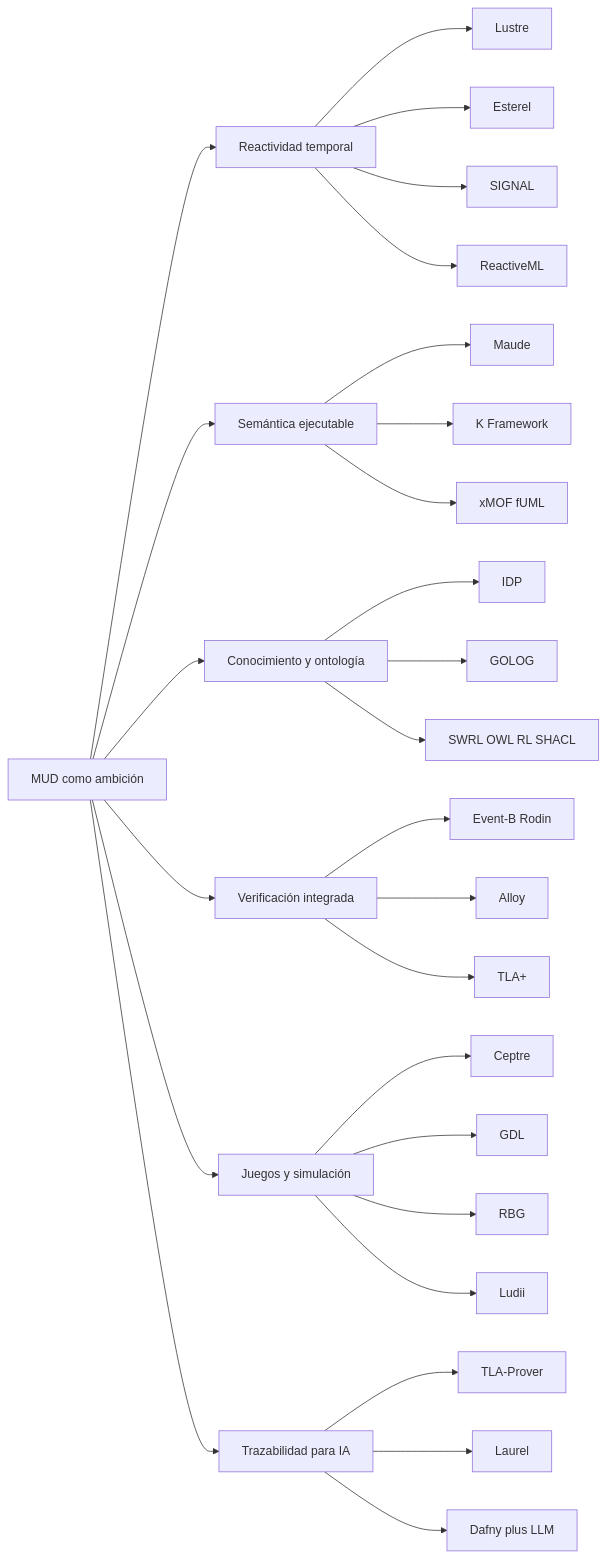
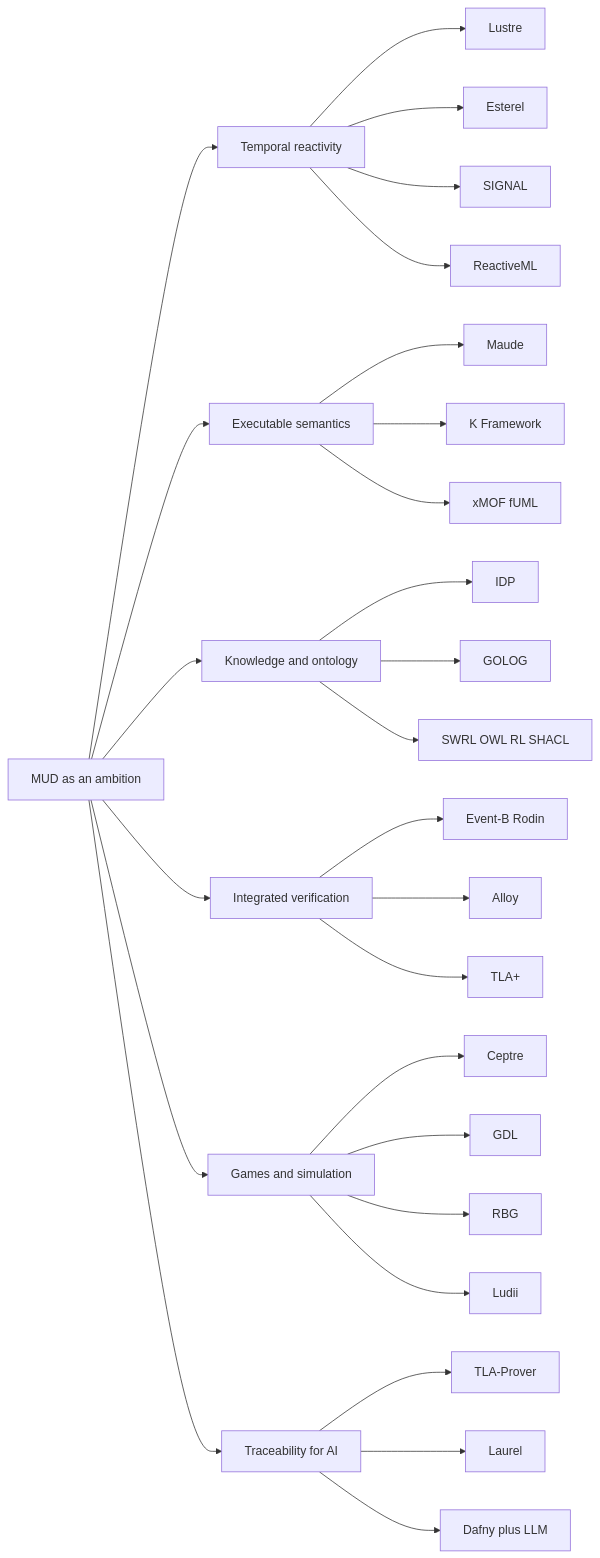
Before and after one commit to R3Neer/Mud: the first of 2 diagrams in references/mud-relatives-report.md, drawn with Mermaid. The commit also changed other lines of this file, not shown here.

Commit message:
docs(references): translate comparative MUD report

````diff
--- a/references/mud-relatives-report.md
+++ b/references/mud-relatives-report.md
@@ -28,36 +28,36 @@
 ```mermaid
 flowchart LR
-    M[MUD como ambición]
-    M --> R[Reactividad temporal]
-    M --> S[Semántica ejecutable]
-    M --> K[Conocimiento y ontología]
-    M --> V[Verificación integrada]
-    M --> G[Juegos y simulación]
-    M --> A[Trazabilidad para IA]
+    M[MUD as an ambition]
+    M --> R[Temporal reactivity]
+    M --> S[Executable semantics]
+    M --> K[Knowledge and ontology]
+    M --> V[Integrated verification]
+    M --> G[Games and simulation]
+    M --> A[Traceability for AI]
 
     R --> R1[Lustre]
     R --> R2[Esterel]
     R --> R3[SIGNAL]
     R --> R4[ReactiveML]
 
     S --> S1[Maude]
     S --> S2[K Framework]
     S --> S3[xMOF fUML]
 
     K --> K1[IDP]
     K --> K2[GOLOG]
     K --> K3[SWRL OWL RL SHACL]
 
     V --> V1[Event-B Rodin]
     V --> V2[Alloy]
     V --> V3[TLA+]
 
     G --> G1[Ceptre]
     G --> G2[GDL]
     G --> G3[RBG]
     G --> G4[Ludii]
 
     A --> A1[TLA-Prover]
     A --> A2[Laurel]
     A --> A3[Dafny plus LLM]
 ```
````
